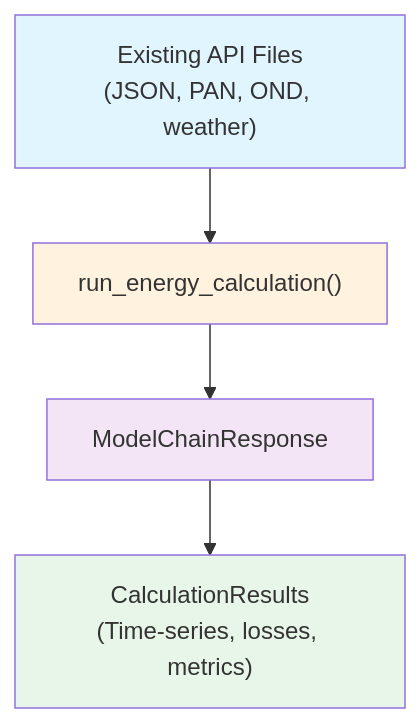
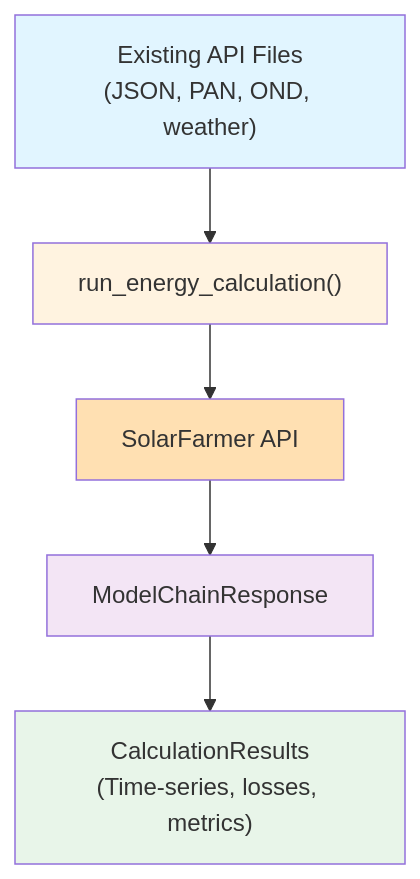
Before and after one commit to dnv-opensource/solarfarmer-python-sdk: the diagram in docs/getting-started/workflow-1-existing-api-files.md, drawn with Mermaid. The commit also changed 1 other file, not shown here.

Commit message:
Add API to workflow 1 and 2 flowcharts

````diff
--- a/docs/getting-started/workflow-1-existing-api-files.md
+++ b/docs/getting-started/workflow-1-existing-api-files.md
@@ -24,16 +24,19 @@
 ```mermaid
 graph TB
     A["Existing API Files<br/>(JSON, PAN, OND, weather)"]
     B["run_energy_calculation()"]
-    C["ModelChainResponse"]
-    D["CalculationResults<br/>(Time-series, losses, metrics)"]
+    C["SolarFarmer API"]
+    D["ModelChainResponse"]
+    E["CalculationResults<br/>(Time-series, losses, metrics)"]
 
     A --> B
     B --> C
     C --> D
+    D --> E
 
     style A fill:#e1f5ff
     style B fill:#fff3e0
-    style C fill:#f3e5f5
-    style D fill:#e8f5e9
+    style C fill:#ffe0b2
+    style D fill:#f3e5f5
+    style E fill:#e8f5e9
 ```
````
